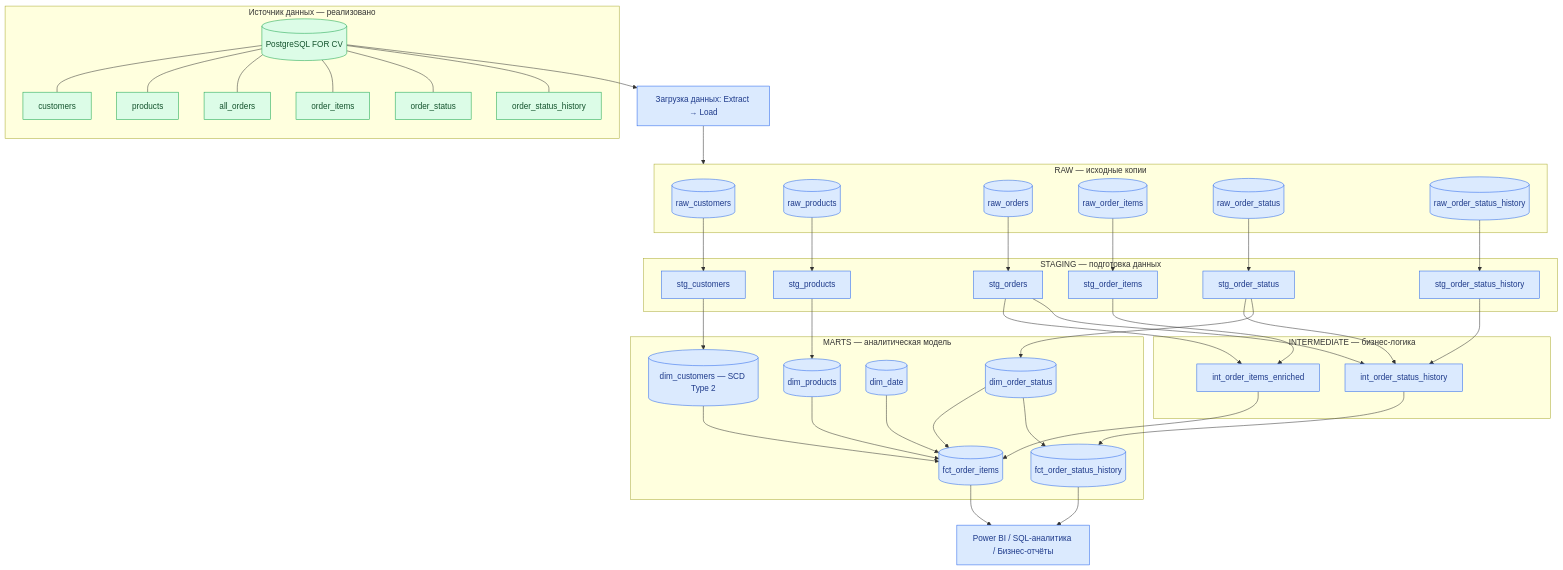
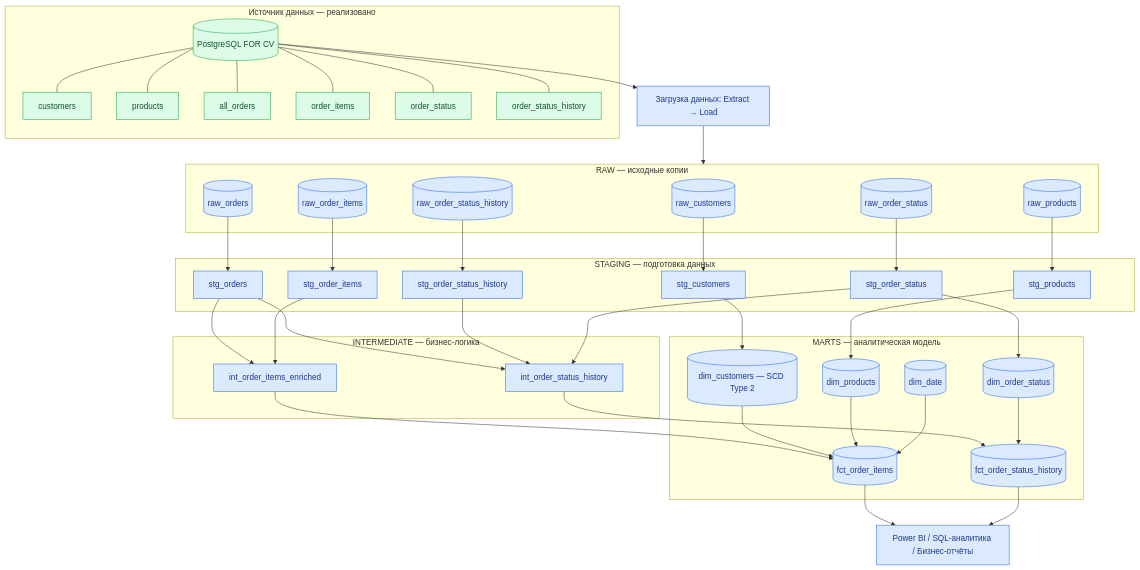
Before and after one commit to ruslanpetrukhin/analytics-portfolio: the diagram in 06-dwh-dbt/diagrams/dwh_architecture.md, drawn with Mermaid. The commit also changed other lines of this file, not shown here.

````diff
--- a/06-dwh-dbt/diagrams/dwh_architecture.md
+++ b/06-dwh-dbt/diagrams/dwh_architecture.md
@@ -85,7 +85,6 @@
     D1 --> F1
     D2 --> F1
     D3 --> F1
-    D4 --> F1
     D4 --> F2
 
     F1 --> BI
@@ -96,4 +95,4 @@
 
     class PG,T1,T2,T3,T4,T5,T6 implemented
     class LOAD,R1,R2,R3,R4,R5,R6,S1,S2,S3,S4,S5,S6,I1,I2,F1,F2,D1,D2,D3,D4,BI proposed
-``` 
+```
````
